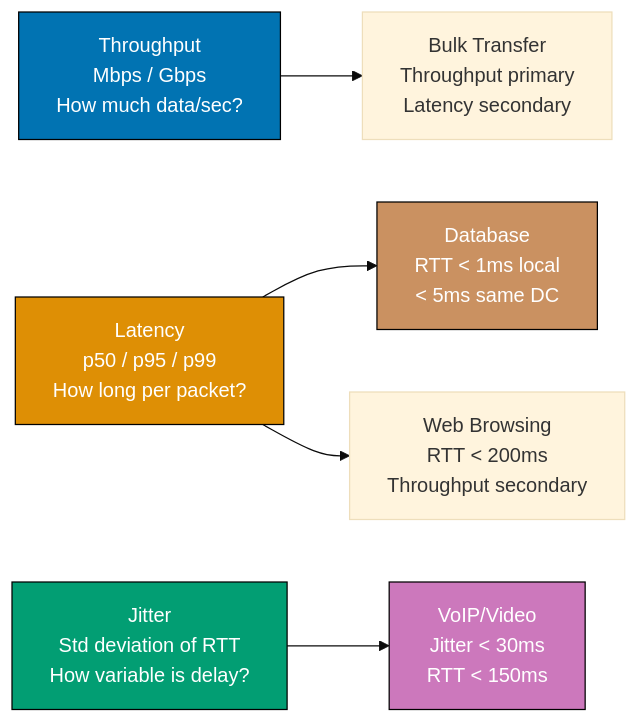
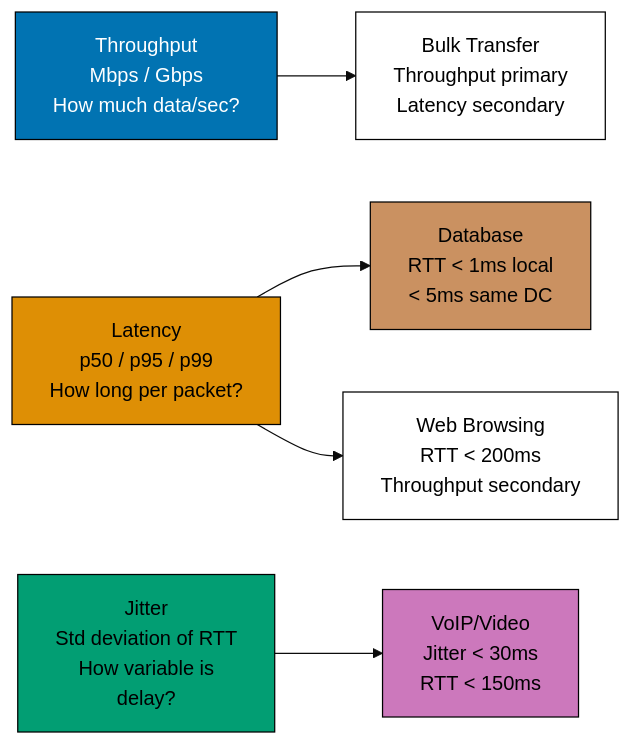
The ninth of 12 diagrams in apps/ayokoding-www/content/en/learn/legacy/software-engineering/networking/by-example/advanced.md (wahidyankf/ose-public), drawn with Mermaid (base theme) before and after one commit. The commit also changed other lines of this file and 78 other files, not shown here.

First line of the commit message:
fix(mermaid): bring the remaining legacy software-engineering diagrams onto the accessible palette

````diff
--- a/apps/ayokoding-www/content/en/learn/legacy/software-engineering/networking/by-example/advanced.md
+++ b/apps/ayokoding-www/content/en/learn/legacy/software-engineering/networking/by-example/advanced.md
@@ -1791,23 +1853,31 @@
 ```mermaid
 %% Color Palette: Blue #0173B2, Orange #DE8F05, Teal #029E73, Purple #CC78BC, Brown #CA9161
 graph LR
+    accTitle: Example 73: Network Performance Testing — Throughput, Latency, Jitter
+    accDescr: Graph with 7 nodes and 4 connections. Nodes: Throughput Mbps / Gbps How much data/sec?, Latency p50 / p95 / p99 How long per packet?, Jitter Std deviation of RTT How variable is delay?, VoIP/Video Jitter < 30ms RTT < 150ms, Web Browsing RTT < 200ms Throughput secondary, Database RTT < 1ms local < 5ms same DC, Bulk Transfer Throughput primary Latency secondary. Connections: Throughput Mbps / Gbps How much data/sec? to Bulk Transfer Throughput primary Latency secondary, Latency p50 / p95 / p99 How long per packet? to Database RTT < 1ms local < 5ms same DC, Latency p50 / p95 / p99 How long per packet? to Web Browsing RTT < 200ms Throughput secondary, Jitter Std deviation of RTT How variable is delay? to VoIP/Video Jitter < 30ms RTT < 150ms.
     THR["Throughput<br/>Mbps / Gbps<br/>How much data/sec?"]
     LAT["Latency<br/>p50 / p95 / p99<br/>How long per packet?"]
-    JIT["Jitter<br/>Std deviation of RTT<br/>How variable is delay?"]
+    JIT["Jitter<br/>Std deviation of RTT<br/>How variable is<br/>delay?"]
 
     VoIP["VoIP/Video<br/>Jitter < 30ms<br/>RTT < 150ms"]
     Web["Web Browsing<br/>RTT < 200ms<br/>Throughput secondary"]
     DB["Database<br/>RTT < 1ms local<br/>< 5ms same DC"]
     Bulk["Bulk Transfer<br/>Throughput primary<br/>Latency secondary"]
 
     THR --> Bulk
     LAT --> DB
     LAT --> Web
     JIT --> VoIP
 
-    style THR fill:#0173B2,stroke:#000,color:#fff
-    style LAT fill:#DE8F05,stroke:#000,color:#fff
-    style JIT fill:#029E73,stroke:#000,color:#fff
-    style VoIP fill:#CC78BC,stroke:#000,color:#fff
-    style DB fill:#CA9161,stroke:#000,color:#fff
+    classDef pal-0173B2 fill:#0173B2,stroke:#000000,color:#FFFFFF
+    class THR pal-0173B2
+    classDef pal-DE8F05 fill:#DE8F05,stroke:#000000,color:#000000
+    class LAT pal-DE8F05
+    classDef pal-029E73 fill:#029E73,stroke:#000000,color:#000000
+    class JIT pal-029E73
+    classDef pal-CC78BC fill:#CC78BC,stroke:#000000,color:#000000
+    class VoIP pal-CC78BC
+    classDef pal-CA9161 fill:#CA9161,stroke:#000000,color:#000000
+    class DB pal-CA9161
+    classDef default fill:#FFFFFF,stroke:#000000,color:#000000
 ```
````
